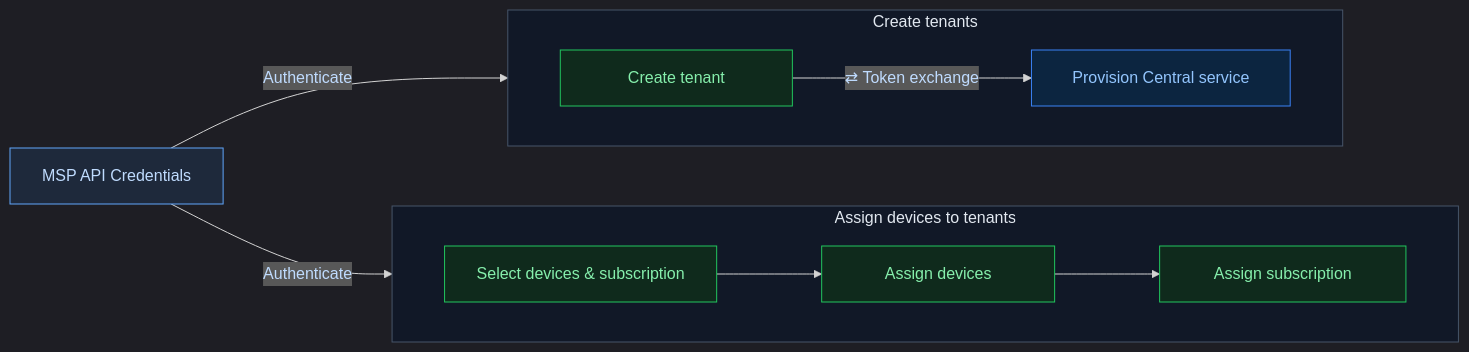
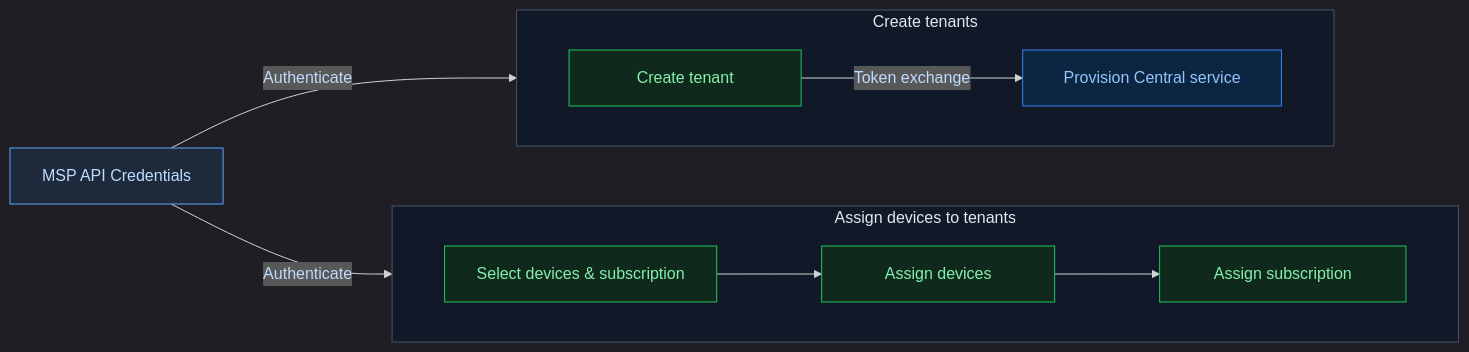
One commit to aruba/central-python-workflows changed the diagram in msp-onboarding/docs/onboarding-flow.mmd. Above: the diagram before and after it, drawn with Mermaid.

```diff
--- a/msp-onboarding/docs/onboarding-flow.mmd
+++ b/msp-onboarding/docs/onboarding-flow.mmd
@@ -1,30 +1,30 @@
 %%{init: {"theme": "dark", "themeVariables": {"background": "#0f172a", "fontFamily": "trebuchet ms, verdana, arial, sans-serif"}, "flowchart": {"wrappingWidth": 400, "nodeSpacing": 60, "rankSpacing": 80, "padding": 16}}}%%
 flowchart LR
     creds["MSP API Credentials"]
 
     subgraph ad["Assign devices to tenants"]
         direction LR
         b1["Select devices & subscription"]
         b2["&nbsp;&nbsp;&nbsp;&nbsp;&nbsp;&nbsp;&nbsp;Assign devices&nbsp;&nbsp;&nbsp;&nbsp;&nbsp;&nbsp;&nbsp;"]
         b3["&nbsp;&nbsp;&nbsp;&nbsp;&nbsp;Assign subscription&nbsp;&nbsp;&nbsp;&nbsp;&nbsp;"]
     end
 
     subgraph ct["Create tenants"]
         direction LR
         a1["&nbsp;&nbsp;&nbsp;&nbsp;&nbsp;&nbsp;&nbsp;&nbsp;Create tenant&nbsp;&nbsp;&nbsp;&nbsp;&nbsp;&nbsp;&nbsp;&nbsp;"]
         a2["&nbsp;&nbsp;Provision Central service&nbsp;&nbsp;"]
     end
 
     creds -->|Authenticate| b1
     creds -->|Authenticate| a1
-    a1 -->|"⇄ Token exchange"| a2
+    a1 -->|"Token exchange"| a2
     b1 --> b2 --> b3
 
     classDef msp fill:#0f2a1c,stroke:#22c55e,color:#86efac
     classDef tenant fill:#0c2540,stroke:#3b82f6,color:#93c5fd
     classDef root fill:#1e293b,stroke:#60a5fa,color:#bfdbfe
     class a1,b1,b2,b3 msp
     class a2 tenant
     class creds root
     style ct fill:#111827,stroke:#475569,color:#e2e8f0
     style ad fill:#111827,stroke:#475569,color:#e2e8f0
```
